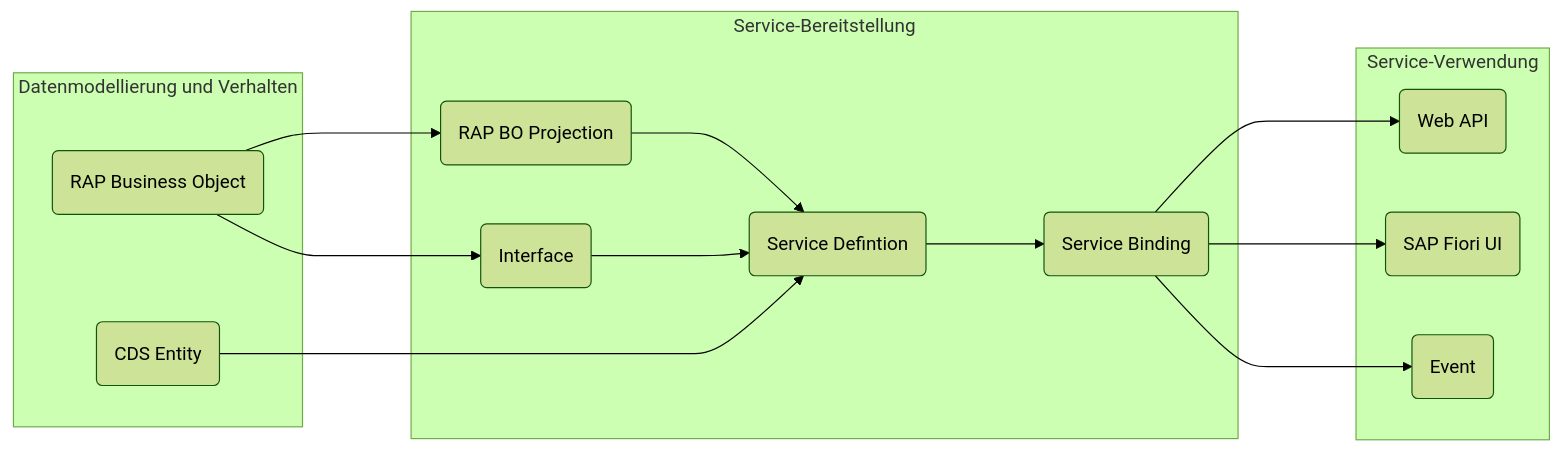
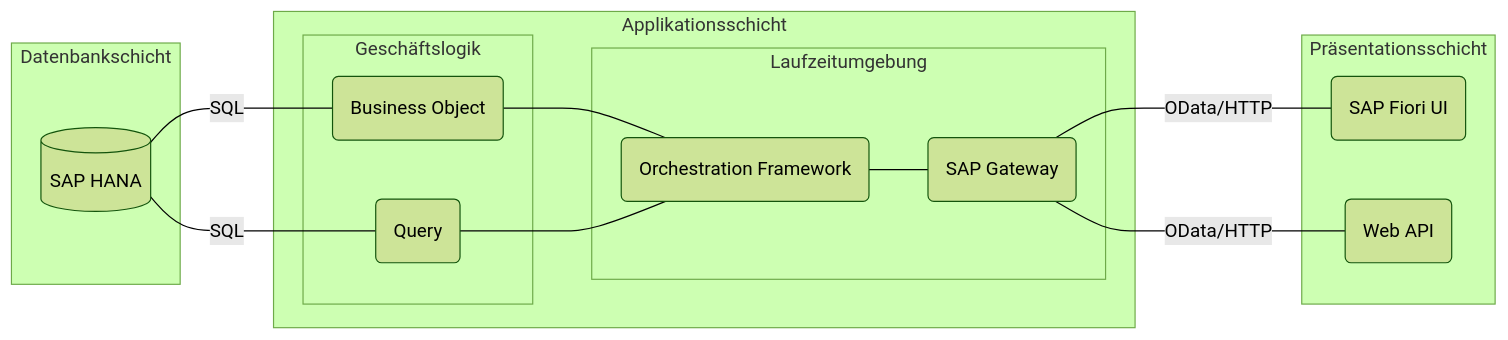
The diagram in docs/documentation/introduction.md (appenmaier/s4hana), drawn with Mermaid (forest theme) before and after one commit. The commit also changed other lines of this file and 18 other files, not shown here.

````diff
--- a/docs/documentation/introduction.md
+++ b/docs/documentation/introduction.md
@@ -42,30 +21,30 @@
 ```mermaid
-flowchart LR
-    binding ---> api
-    binding ---> ui
-    binding ---> event
-    definition ---> binding
-    projection ---> definition
-    interface ---> definition
-    bo ---> projection
-    bo ---> interface
-    entity --> definition
+flowchart RL
+    bo --SQL--- saphana
+    query --SQL--- saphana
+    orchestrationframework --- bo
+    orchestrationframework --- query
+    sapgateway --- orchestrationframework
+    sapfioriui --OData/HTTP--- sapgateway
+    webapi --OData/HTTP --- sapgateway
 
-    subgraph Service-Verwendung
-        ui(SAP Fiori UI)
-        api(Web API)
-        event(Event)
+    subgraph Datenbankschicht
+        saphana[(SAP HANA)]
     end
 
-    subgraph Service-Bereitstellung
-        binding(Service Binding)
-        definition(Service Defintion)
-        projection(RAP BO Projection)
-        interface(Interface)
+    subgraph Applikationsschicht
+        subgraph Geschäftslogik
+            bo(Business Object)
+            query(Query)
+        end
+        subgraph Laufzeitumgebung
+            sapgateway(SAP Gateway)
+            orchestrationframework(Orchestration Framework)
+        end
     end
 
-    subgraph Datenmodellierung und Verhalten
-        bo(RAP Business Object)
-        entity(CDS Entity)
+    subgraph Präsentationsschicht
+        sapfioriui(SAP Fiori UI)
+        webapi(Web API)
     end
 ```
````
